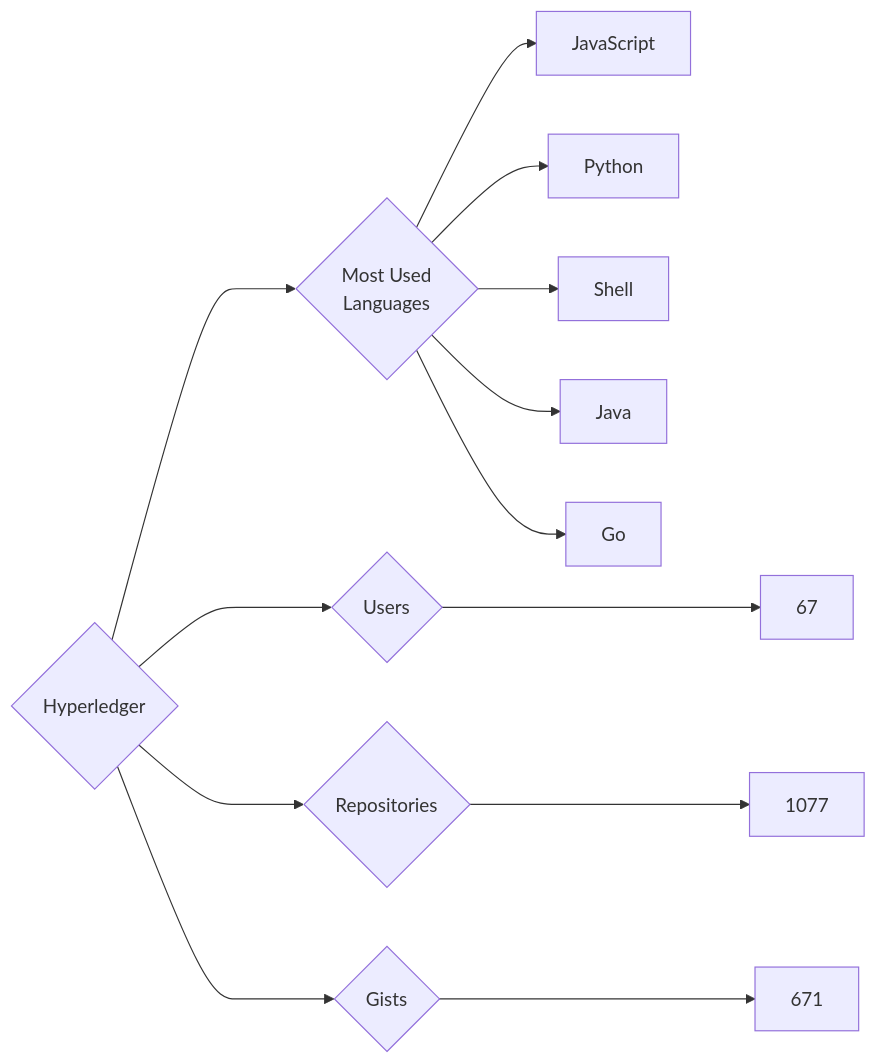
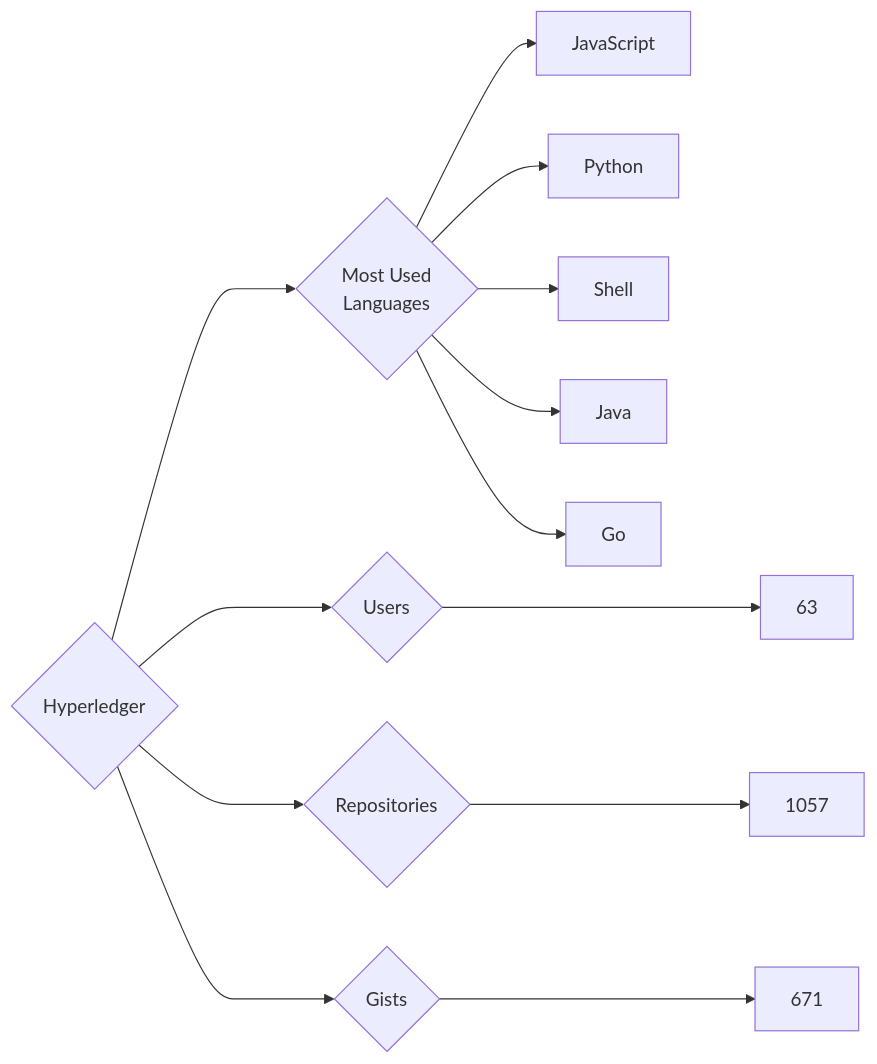
Before and after one commit to trickest/insiders: the diagram in targets/Hyperledger/README.md, drawn with Mermaid. The commit also changed 882 other files, not shown here.

````diff
--- a/targets/Hyperledger/README.md
+++ b/targets/Hyperledger/README.md
@@ -3,13 +3,13 @@
 ```mermaid
 graph LR
 COMPANY_NAME{Hyperledger}
-COMPANY_NAME ---> U{Users} ---> UN[67]
-COMPANY_NAME ---> R{Repositories} ---> RN[1077]
+COMPANY_NAME ---> U{Users} ---> UN[63]
+COMPANY_NAME ---> R{Repositories} ---> RN[1057]
 COMPANY_NAME ---> G{Gists} ---> GN[671]
 COMPANY_NAME ---> ML{Most Used<br>Languages}
 ML --> JavaScript[JavaScript]
 ML --> Python[Python]
 ML --> Shell[Shell]
 ML --> Java[Java]
 ML --> Go[Go]
 ```
````
